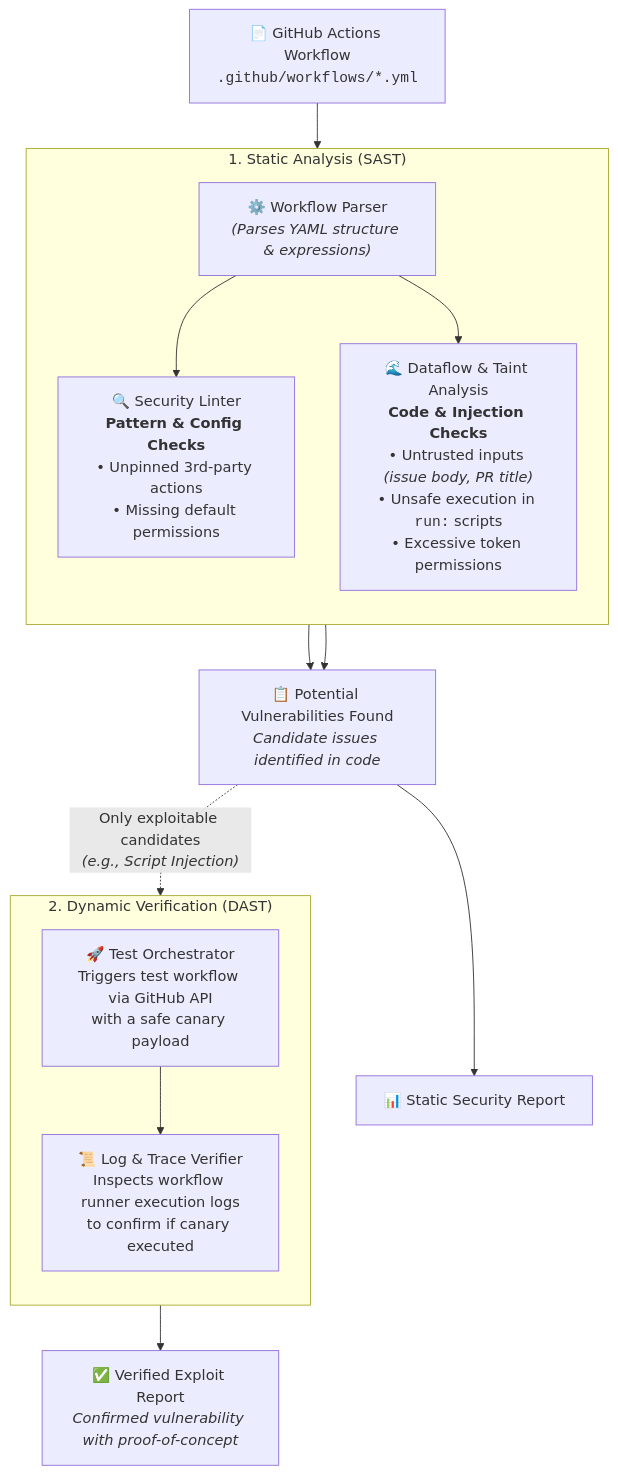
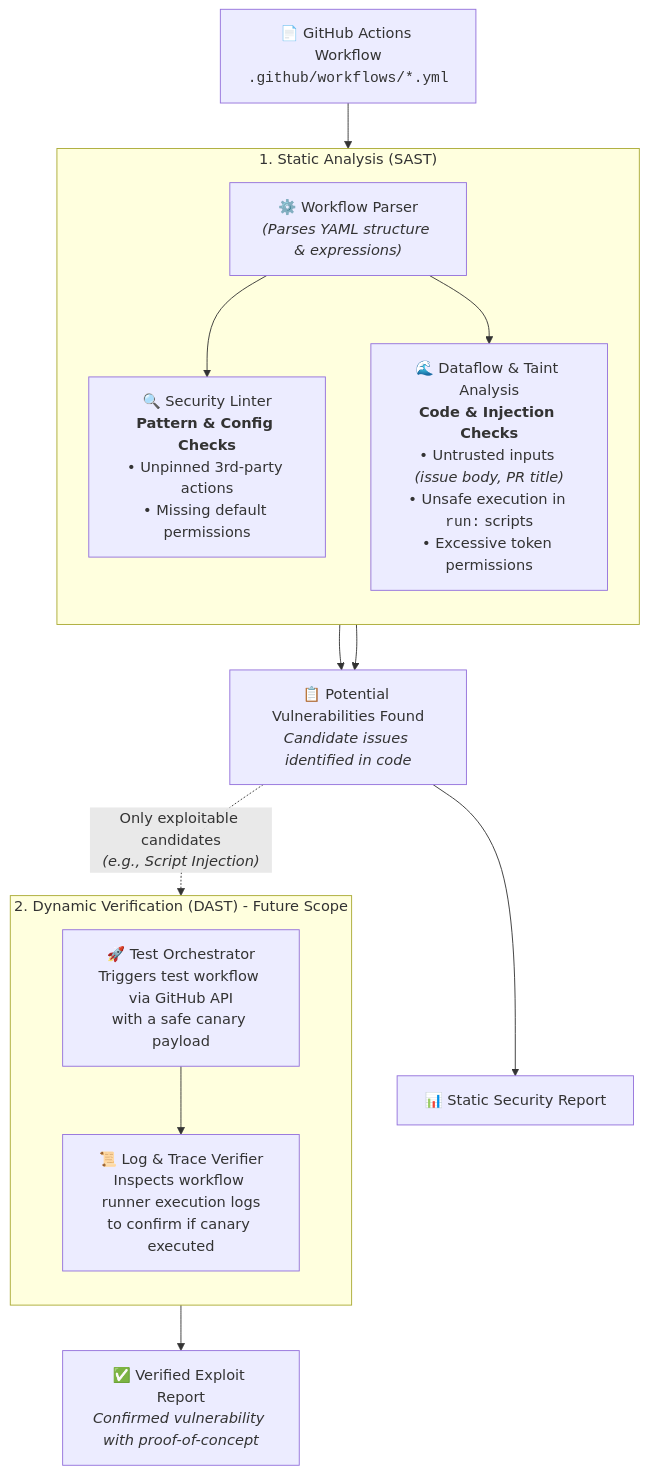
Before and after one commit to chinmaypant21/actionlens: the diagram in docs/architecture.md, drawn with Mermaid. The commit also changed other lines of this file and 1 other file, not shown here.

````diff
--- a/docs/architecture.md
+++ b/docs/architecture.md
@@ -9,28 +9,28 @@
 ```mermaid
 flowchart TD
     %% Input
     Input["📄 GitHub Actions Workflow<br/><code>.github/workflows/*.yml</code>"] --> Parser["⚙️ Workflow Parser<br/><i>(Parses YAML structure & expressions)</i>"]
 
     %% Stage 1: SAST
     subgraph SAST["1. Static Analysis (SAST)"]
         direction TB
         Parser --> Lint["🔍 Security Linter<br/><b>Pattern & Config Checks</b><br/>• Unpinned 3rd-party actions<br/>• Missing default permissions"]
         Parser --> Dataflow["🌊 Dataflow & Taint Analysis<br/><b>Code & Injection Checks</b><br/>• Untrusted inputs <i>(issue body, PR title)</i><br/>• Unsafe execution in <code>run:</code> scripts<br/>• Excessive token permissions"]
     end
 
     %% Findings (Bridge between SAST and DAST)
     Lint --> Findings["📋 Potential Vulnerabilities Found<br/><i>Candidate issues identified in code</i>"]
     Dataflow --> Findings
 
     Findings --> StaticReport["📊 Static Security Report"]
 
     %% Stage 2: DAST
-    subgraph DAST["2. Dynamic Verification (DAST)"]
+    subgraph DAST["2. Dynamic Verification (DAST) - Future Scope"]
         direction TB
         Trigger["🚀 Test Orchestrator<br/>Triggers test workflow via GitHub API<br/>with a safe canary payload"]
         Trigger --> Logs["📜 Log & Trace Verifier<br/>Inspects workflow runner execution logs<br/>to confirm if canary executed"]
     end
 
     Findings -. "Only exploitable candidates<br/><i>(e.g., Script Injection)</i>" .-> Trigger
     Logs --> Verified["✅ Verified Exploit Report<br/><i>Confirmed vulnerability with proof-of-concept</i>"]
 ```
````
